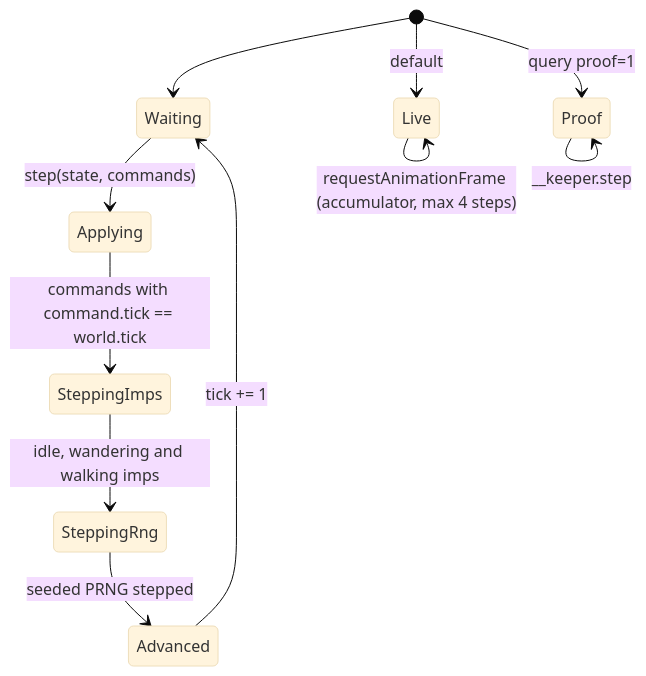
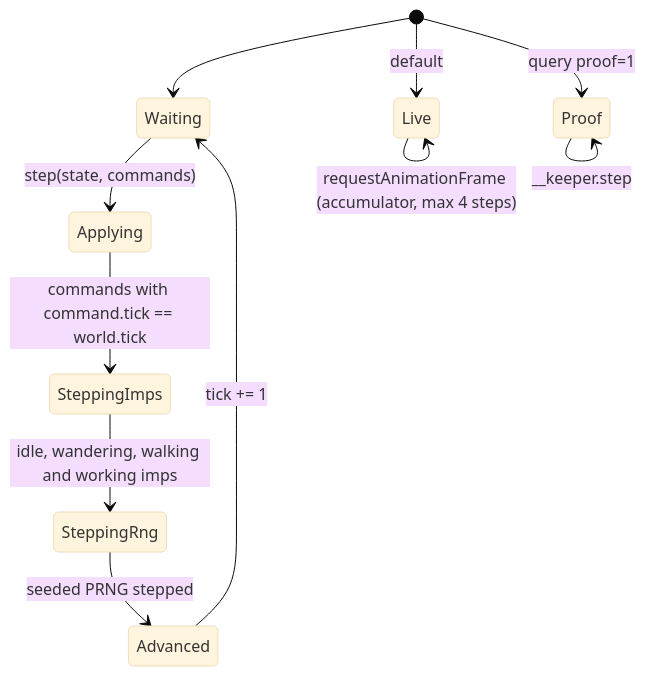
Before and after one commit to jmporchet/keeper: the sixth of 6 diagrams in docs/design.md, drawn with Mermaid (base theme). The commit also changed other lines of this file and 10 other files, not shown here.

Commit message:
Imps dig tagged earth: working state, job indexes

````diff
--- a/docs/design.md
+++ b/docs/design.md
@@ -188,13 +186,13 @@
 ```mermaid
 stateDiagram-v2
     [*] --> Waiting
     Waiting --> Applying: step(state, commands)
     Applying --> SteppingImps: commands with command.tick == world.tick
-    SteppingImps --> SteppingRng: idle, wandering and walking imps
+    SteppingImps --> SteppingRng: idle, wandering, walking and working imps
     SteppingRng --> Advanced: seeded PRNG stepped
     Advanced --> Waiting: tick += 1
     [*] --> Live: default
     [*] --> Proof: query proof=1
     Live --> Live: requestAnimationFrame (accumulator, max 4 steps)
     Proof --> Proof: __keeper.step
 ```
````
